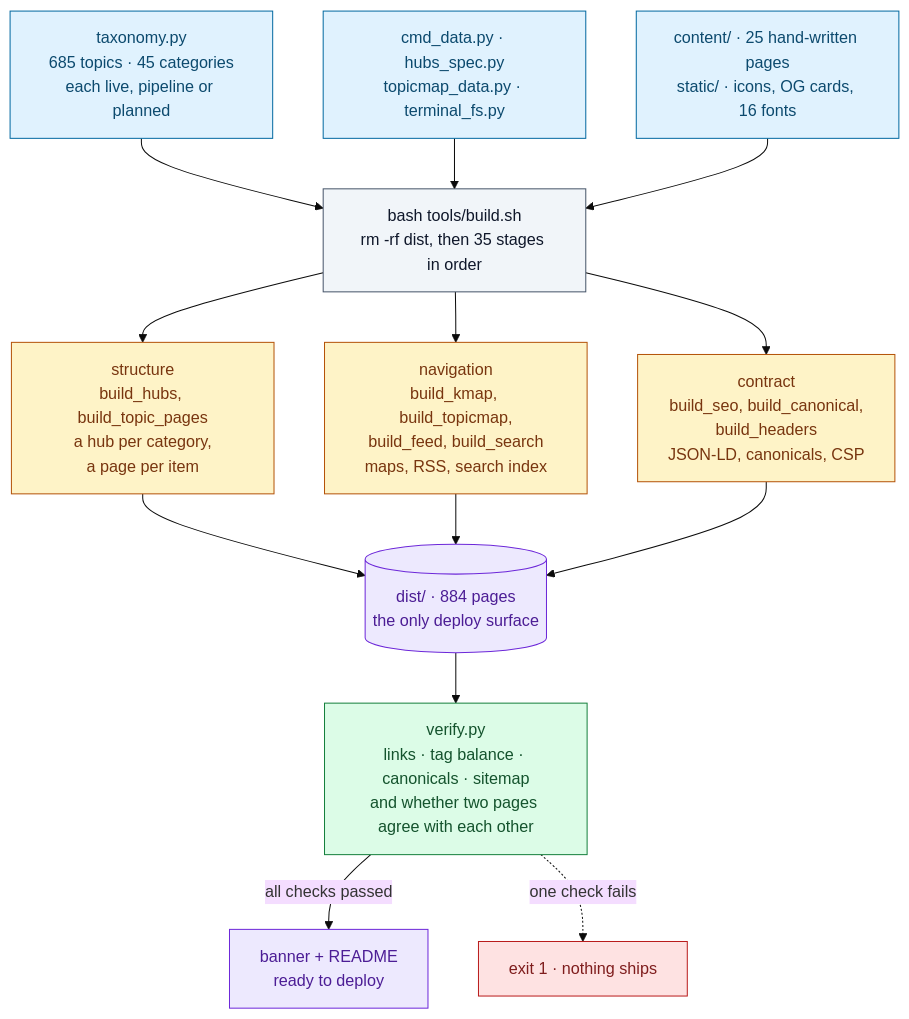
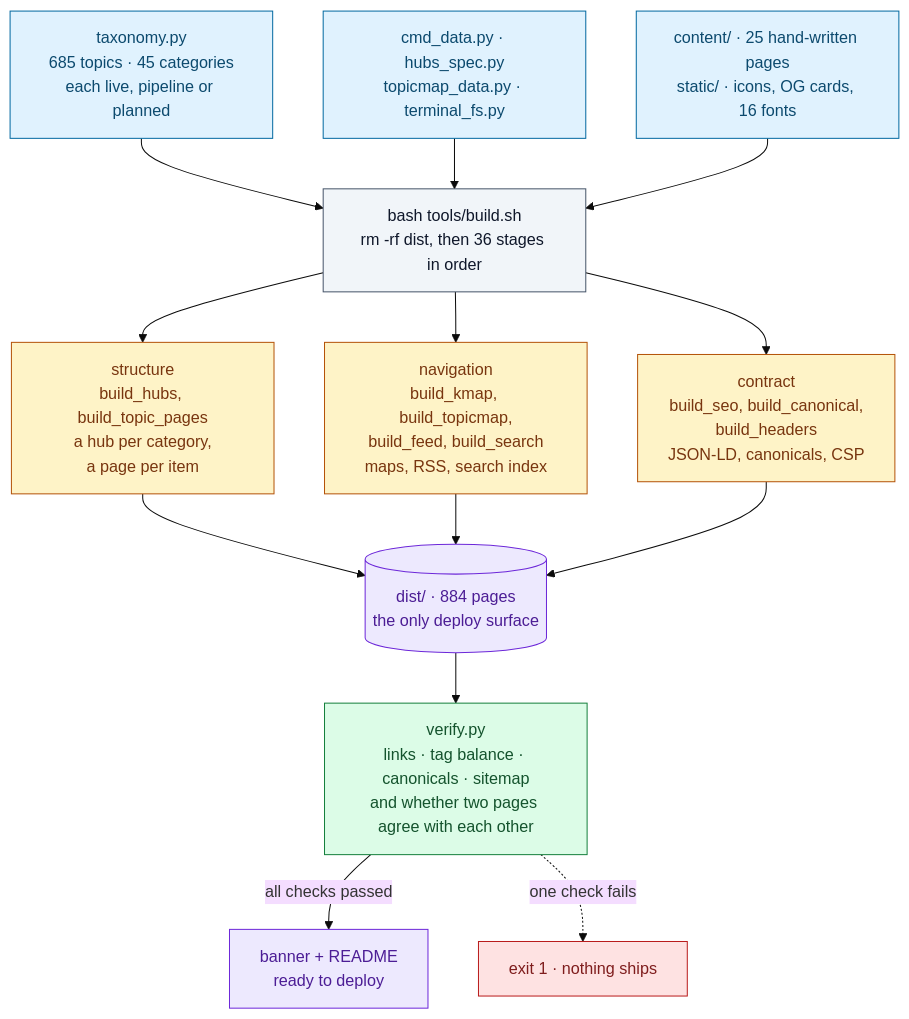
The first of 3 diagrams in README.md (Vishal-Abhinav/Platform-ops-Newsletter), drawn with Mermaid (base theme) before and after one commit. The commit also changed other lines of this file and 15 other files, not shown here.

````diff
--- a/README.md
+++ b/README.md
@@ -95,43 +95,43 @@
 ```mermaid
 flowchart TB
   TAX["taxonomy.py<br/>685 topics · 45 categories<br/>each live, pipeline or planned"]
   DAT["cmd_data.py · hubs_spec.py<br/>topicmap_data.py · terminal_fs.py"]
   HAND["content/ · 25 hand-written pages<br/>static/ · icons, OG cards, 16 fonts"]
 
-  SH["bash tools/build.sh<br/>rm -rf dist, then 35 stages in order"]
+  SH["bash tools/build.sh<br/>rm -rf dist, then 36 stages in order"]
 
   G1["structure<br/>build_hubs, build_topic_pages<br/>a hub per category,<br/>a page per item"]
   G2["navigation<br/>build_kmap, build_topicmap,<br/>build_feed, build_search<br/>maps, RSS, search index"]
   G3["contract<br/>build_seo, build_canonical,<br/>build_headers<br/>JSON-LD, canonicals, CSP"]
 
   DIST[("dist/ · 884 pages<br/>the only deploy surface")]
   VER["verify.py<br/>links · tag balance · canonicals · sitemap<br/>and whether two pages agree with each other"]
   OK["banner + README<br/>ready to deploy"]
   STOP["exit 1 · nothing ships"]
 
   TAX --> SH
   DAT --> SH
   HAND --> SH
   SH --> G1
   SH --> G2
   SH --> G3
   G1 --> DIST
   G2 --> DIST
   G3 --> DIST
   DIST --> VER
   VER -->|all checks passed| OK
   VER -.->|one check fails| STOP
 
   classDef src fill:#e0f2fe,stroke:#0369a1,color:#0c4a6e
   classDef sh fill:#f1f5f9,stroke:#475569,color:#0f172a
   classDef gen fill:#fef3c7,stroke:#b45309,color:#78350f
   classDef gate fill:#dcfce7,stroke:#15803d,color:#14532d
   classDef out fill:#ede9fe,stroke:#6d28d9,color:#4c1d95
   classDef bad fill:#fee2e2,stroke:#b91c1c,color:#7f1d1d
   class TAX,DAT,HAND src
   class SH sh
   class G1,G2,G3 gen
   class VER gate
   class DIST,OK out
   class STOP bad
 ```
````
